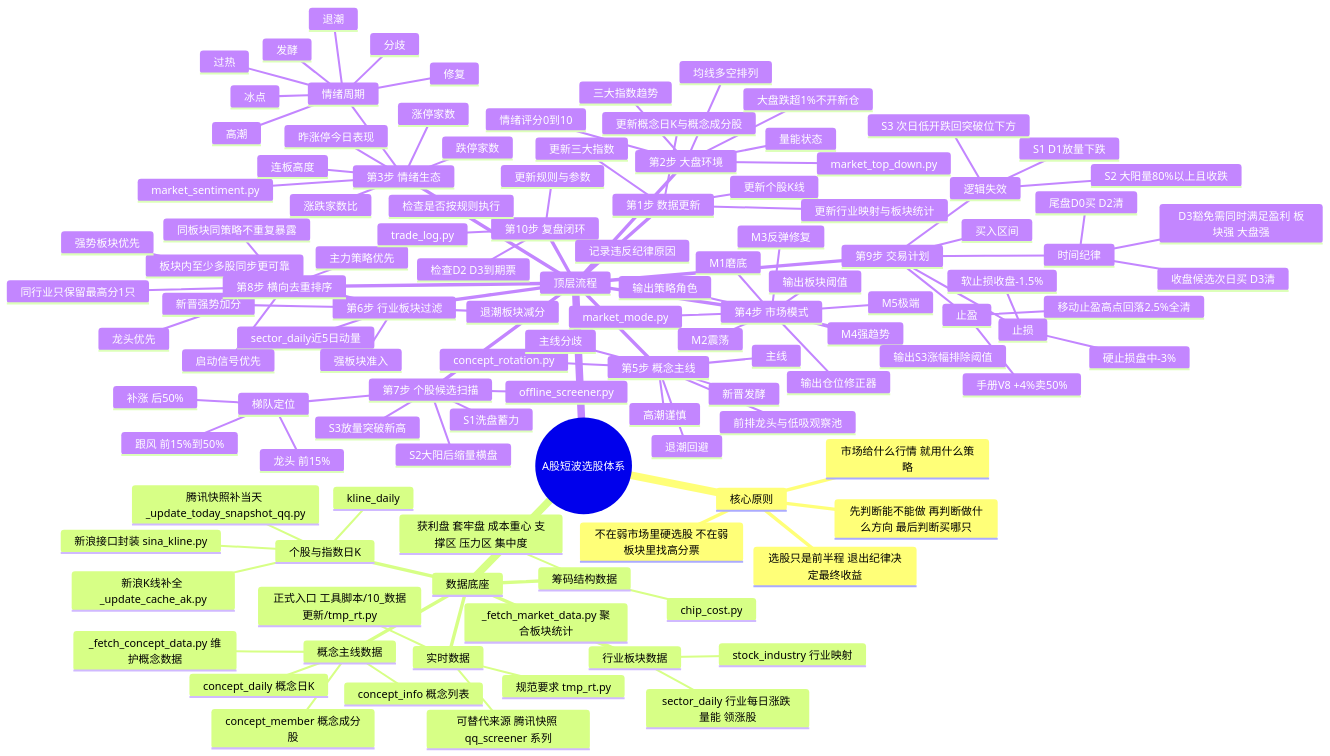
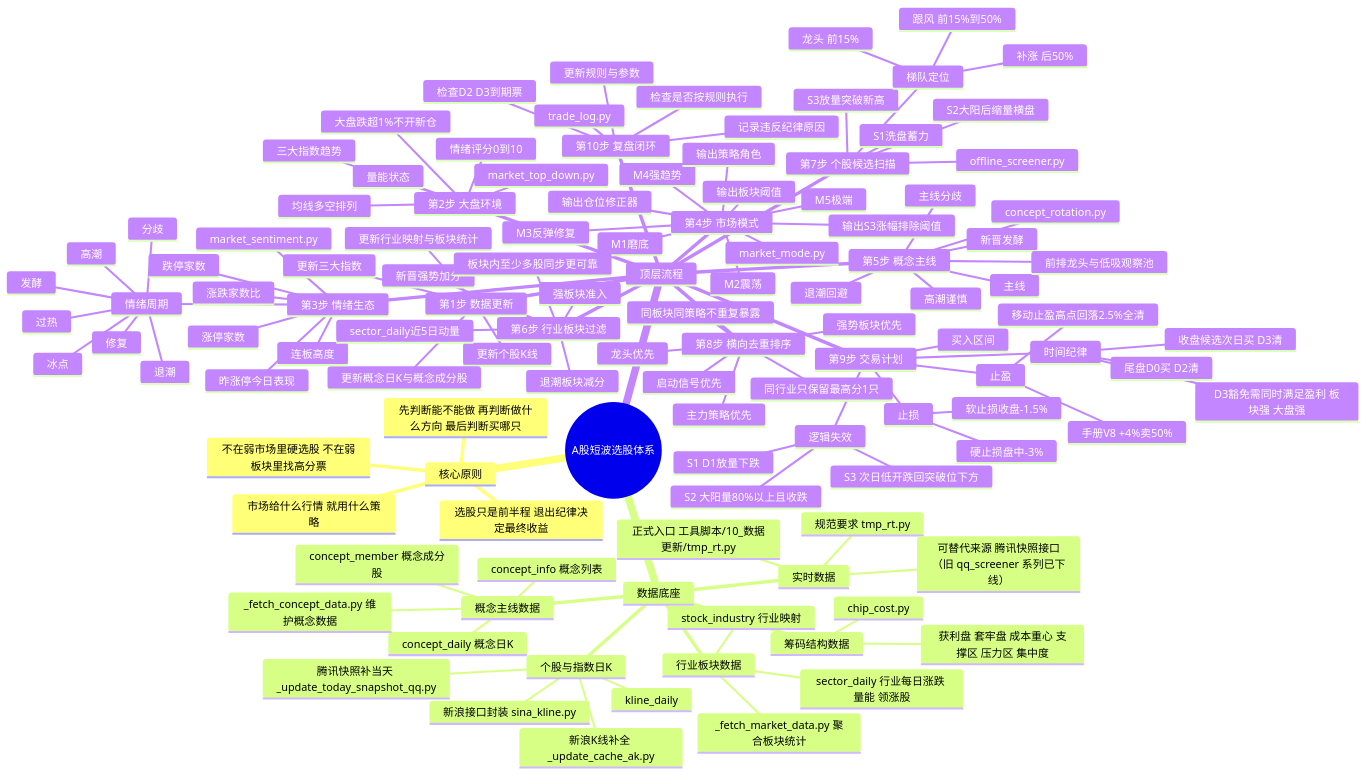
Before and after one commit to SHUA-Ming/loose4: the diagram in 交易体系/选股整体逻辑思维导图.md, drawn with Mermaid. The commit also changed other lines of this file and 34 other files, not shown here.

```diff
--- a/交易体系/选股整体逻辑思维导图.md
+++ b/交易体系/选股整体逻辑思维导图.md
@@ -38,7 +38,7 @@
       实时数据
         规范要求 tmp_rt.py
         正式入口 工具脚本/10_数据更新/tmp_rt.py
-        可替代来源 腾讯快照 qq_screener 系列
+        可替代来源 腾讯快照接口（旧 qq_screener 系列已下线）
     顶层流程
       第1步 数据更新
         更新个股K线
```
